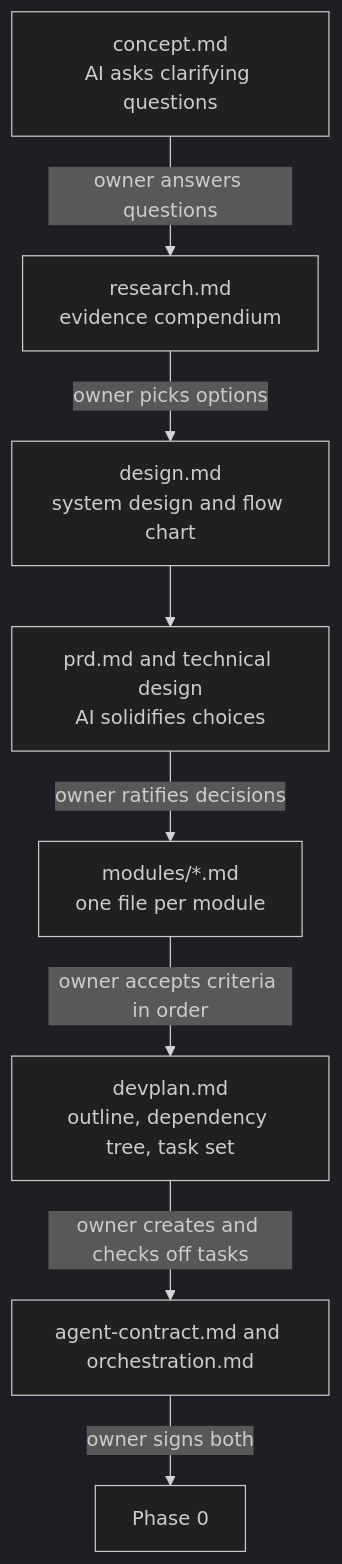
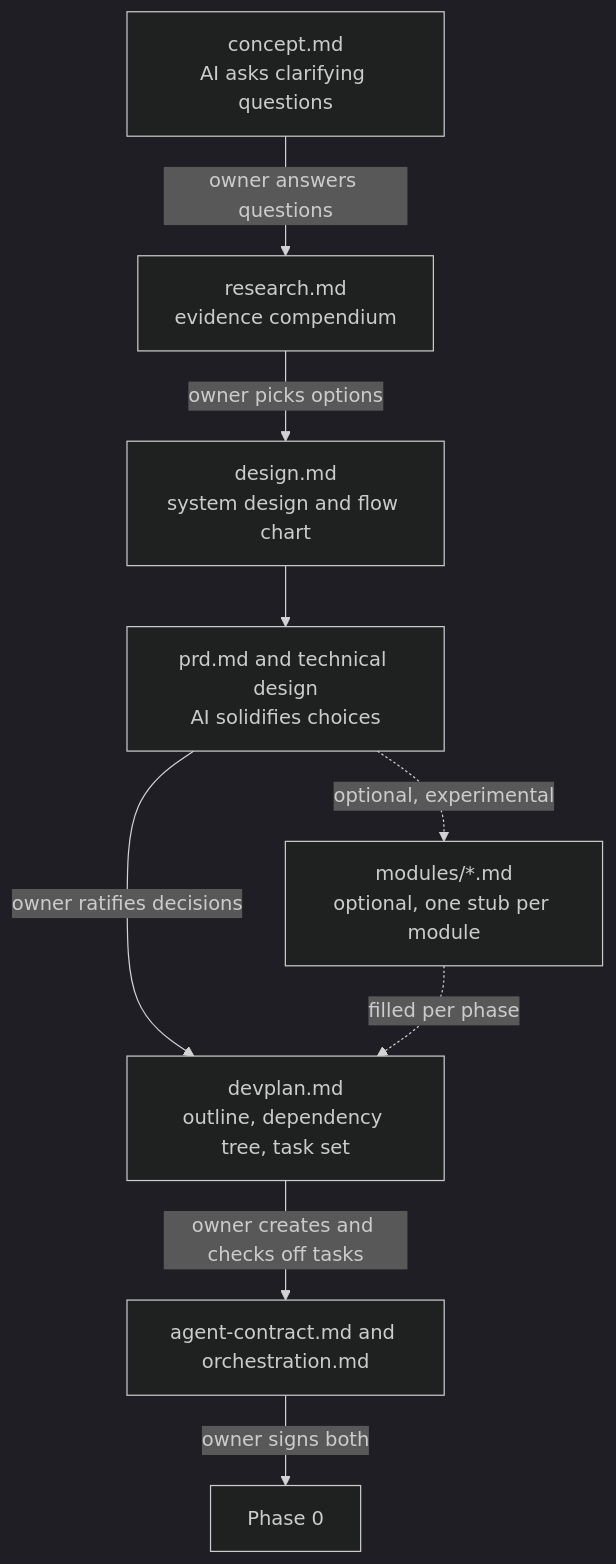
The diagram in Config/development-guidelines/README.md (haelyra/FocusQueue), drawn with Mermaid (dark theme) before and after one commit. The commit also changed other lines of this file and 8 other files, not shown here.

First line of the commit message:
Make module design files experimental and non-blocking (FOC-117)

````diff
--- a/Config/development-guidelines/README.md
+++ b/Config/development-guidelines/README.md
@@ -11,18 +11,19 @@
 ```mermaid
 flowchart TB
   C["concept.md<br/>AI asks clarifying questions"]
   R["research.md<br/>evidence compendium"]
   D["design.md<br/>system design and flow chart"]
   P["prd.md and technical design<br/>AI solidifies choices"]
-  M["modules/*.md<br/>one file per module"]
+  M["modules/*.md<br/>optional, one stub per module"]
   V["devplan.md<br/>outline, dependency tree, task set"]
   K["agent-contract.md and orchestration.md"]
   Z["Phase 0"]
   C -->|"owner answers questions"| R
   R -->|"owner picks options"| D
   D --> P
-  P -->|"owner ratifies decisions"| M
-  M -->|"owner accepts criteria in order"| V
+  P -->|"owner ratifies decisions"| V
+  P -.->|"optional, experimental"| M
+  M -.->|"filled per phase"| V
   V -->|"owner creates and checks off tasks"| K
   K -->|"owner signs both"| Z
 ```
````
